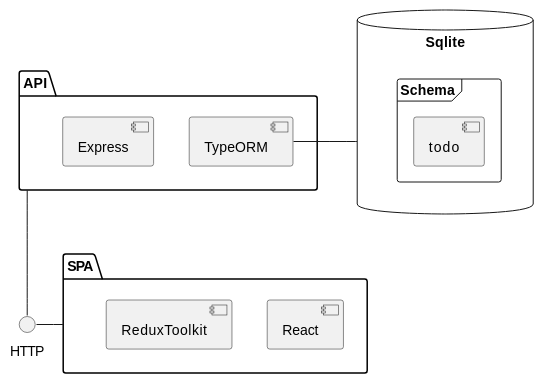
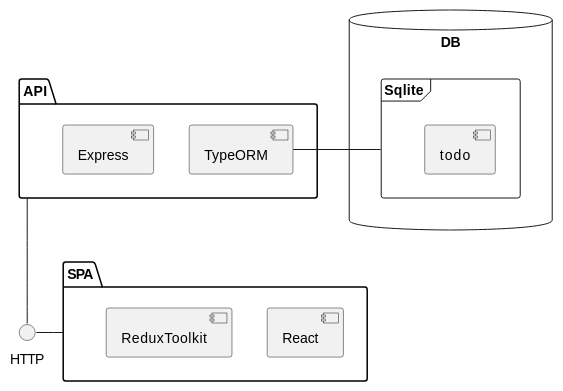
The first of 7 diagrams in docs/todo.adoc (k2works/application_programing_excercise_2022), drawn with PlantUML before and after one commit. The commit also changed other lines of this file, not shown here.

```diff
--- a/docs/todo.adoc
+++ b/docs/todo.adoc
@@ -23,22 +23,22 @@
 [plantuml]
 ----
 package "SPA" {
   [React]
   [ReduxToolkit]
 }
 HTTP - SPA
 
 package "API" {
   [Express]
   [TypeORM]
 }
 API -- HTTP
 
-database "Sqlite" {
-  frame "Schema" {
+database "DB" {
+  frame "Sqlite" {
     [todo]
   }
 }
 
 TypeORM - Sqlite
 ----
```
